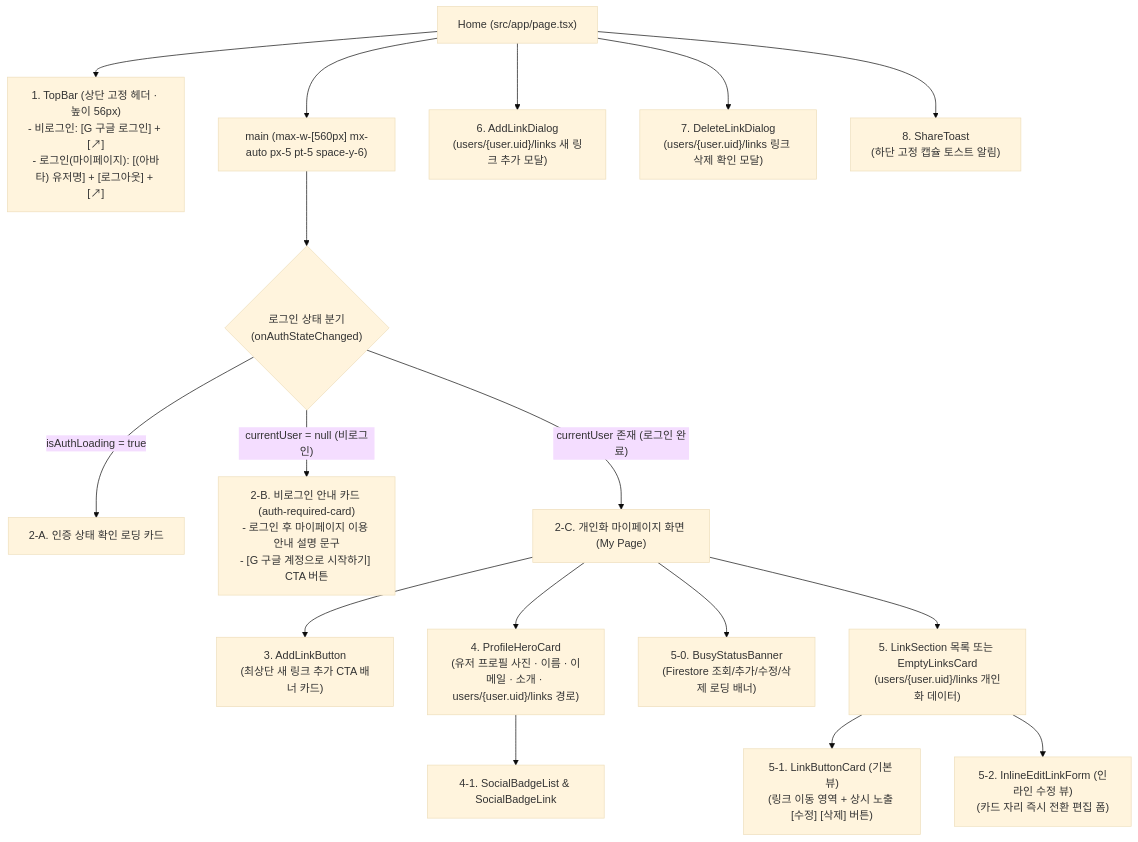
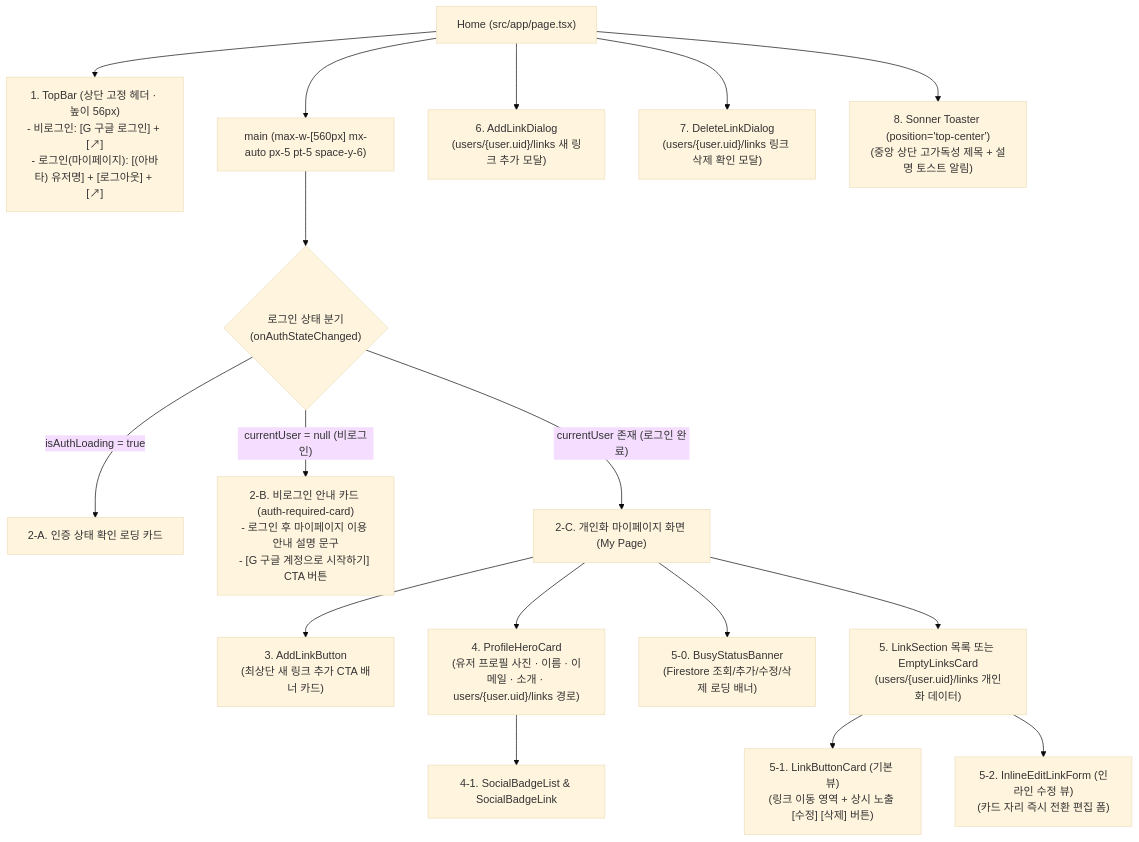
Before and after one commit to jinubaek-hy/my-link-hy: the diagram in docs/wireframe.md, drawn with Mermaid (base theme). The commit also changed other lines of this file and 13 other files, not shown here.

````diff
--- a/docs/wireframe.md
+++ b/docs/wireframe.md
@@ -27,21 +27,21 @@
 ```mermaid
 flowchart TD
     Page["Home (src/app/page.tsx)"] --> TopBar["1. TopBar (상단 고정 헤더 · 높이 56px)\n- 비로그인: [G 구글 로그인] + [↗]\n- 로그인(마이페이지): [(아바타) 유저명] + [로그아웃] + [↗]"]
     Page --> Main["main (max-w-[560px] mx-auto px-5 pt-5 space-y-6)"]
     Page --> AddDialog["6. AddLinkDialog\n(users/{user.uid}/links 새 링크 추가 모달)"]
     Page --> DeleteDialog["7. DeleteLinkDialog\n(users/{user.uid}/links 링크 삭제 확인 모달)"]
-    Page --> Toast["8. ShareToast\n(하단 고정 캡슐 토스트 알림)"]
+    Page --> Toast["8. Sonner Toaster (position='top-center')\n(중앙 상단 고가독성 제목 + 설명 토스트 알림)"]
 
     Main --> AuthBranch{"로그인 상태 분기\n(onAuthStateChanged)"}
     AuthBranch -->|"isAuthLoading = true"| AuthLoading["2-A. 인증 상태 확인 로딩 카드"]
     AuthBranch -->|"currentUser = null (비로그인)"| AuthGate["2-B. 비로그인 안내 카드 (auth-required-card)\n- 로그인 후 마이페이지 이용 안내 설명 문구\n- [G 구글 계정으로 시작하기] CTA 버튼"]
     AuthBranch -->|"currentUser 존재 (로그인 완료)"| AuthedView["2-C. 개인화 마이페이지 화면 (My Page)"]
 
     AuthedView --> AddBanner["3. AddLinkButton\n(최상단 새 링크 추가 CTA 배너 카드)"]
     AuthedView --> HeroCard["4. ProfileHeroCard\n(유저 프로필 사진 · 이름 · 이메일 · 소개 · users/{user.uid}/links 경로)"]
     HeroCard --> BadgeList["4-1. SocialBadgeList & SocialBadgeLink"]
     AuthedView --> BusyBanner["5-0. BusyStatusBanner\n(Firestore 조회/추가/수정/삭제 로딩 배너)"]
     AuthedView --> SectionList["5. LinkSection 목록 또는 EmptyLinksCard\n(users/{user.uid}/links 개인화 데이터)"]
     SectionList --> CardView["5-1. LinkButtonCard (기본 뷰)\n(링크 이동 영역 + 상시 노출 [수정] [삭제] 버튼)"]
     SectionList --> InlineEdit["5-2. InlineEditLinkForm (인라인 수정 뷰)\n(카드 자리 즉시 전환 편집 폼)"]
 ```
````
